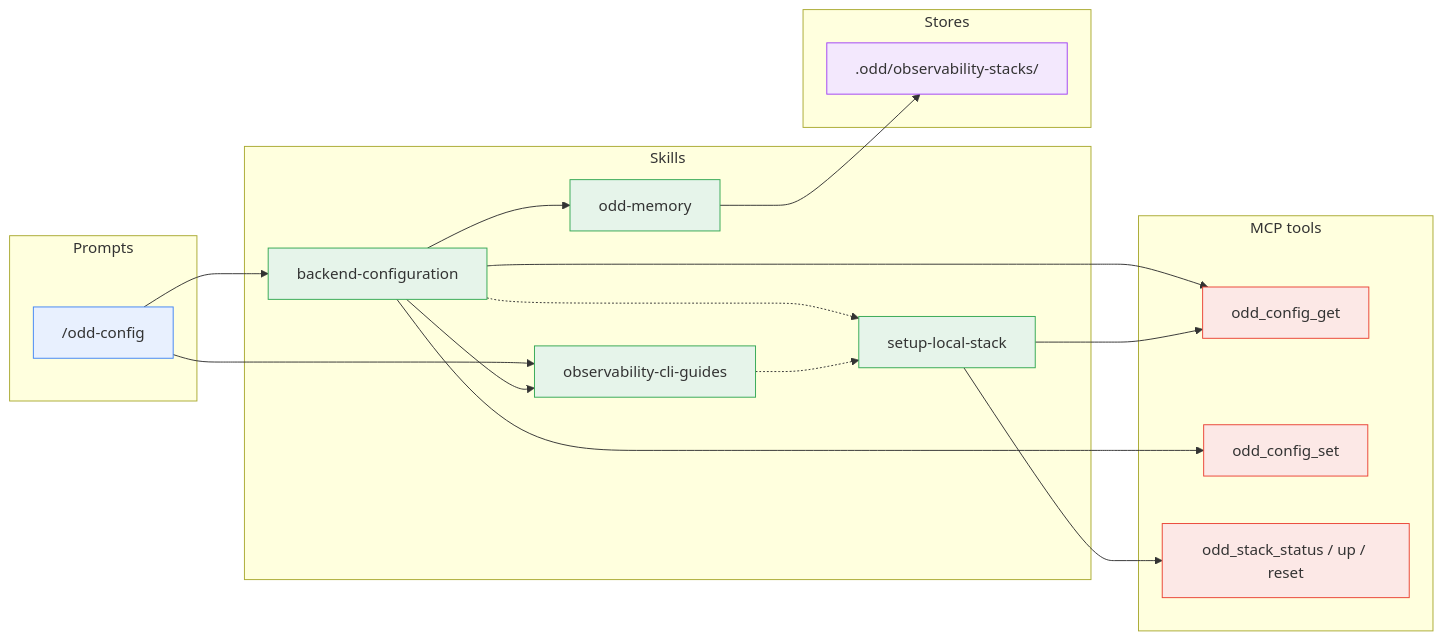
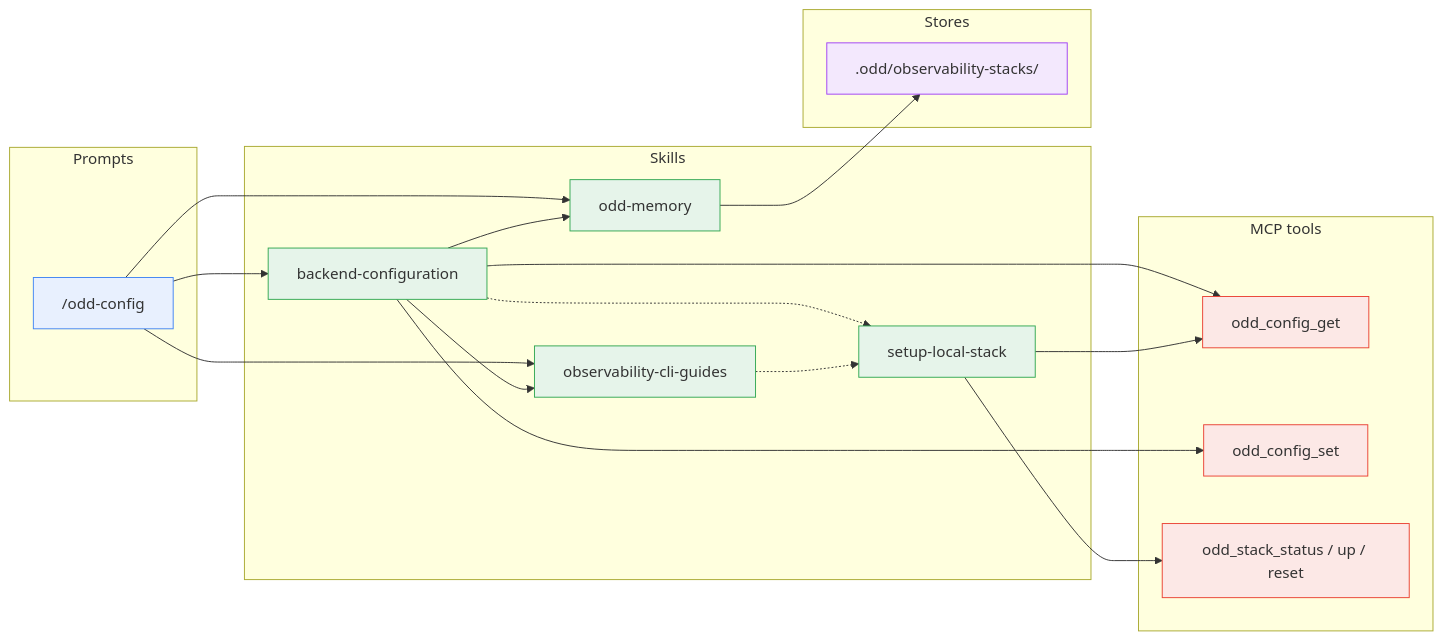
Before and after one commit to using-system/oddyssey: the sixth of 7 diagrams in docs/guide/dependencies.md, drawn with Mermaid. The commit also changed other lines of this file and 7 other files, not shown here.

````diff
--- a/docs/guide/dependencies.md
+++ b/docs/guide/dependencies.md
@@ -362,46 +365,47 @@
 ```mermaid
 flowchart LR
   subgraph Prompts
     config["/odd-config"]
   end
 
   subgraph Skills
     bc[backend-configuration]
     ocg[observability-cli-guides]
     sls[setup-local-stack]
     mem[odd-memory]
   end
 
   subgraph Stores
     stackdir[".odd/observability-stacks/"]
   end
 
   subgraph MCP["MCP tools"]
     cfgget[odd_config_get]
     cfgset[odd_config_set]
     stack[odd_stack_status / up / reset]
   end
 
   config --> bc
   config --> ocg
+  config --> mem
 
   bc --> ocg
   bc --> mem
   mem --> stackdir
   bc --> cfgset
 
   bc -.-> sls
   bc --> cfgget
   ocg -.-> sls
   sls --> cfgget
   sls --> stack
 
   classDef prompt fill:#e8f0fe,stroke:#4285f4
   classDef skill fill:#e6f4ea,stroke:#34a853
   classDef store fill:#f3e8fd,stroke:#a142f4
   classDef mcp fill:#fce8e6,stroke:#ea4335
   class config prompt
   class bc,ocg,sls,mem skill
   class stackdir store
   class cfgget,cfgset,stack mcp
 ```
````
